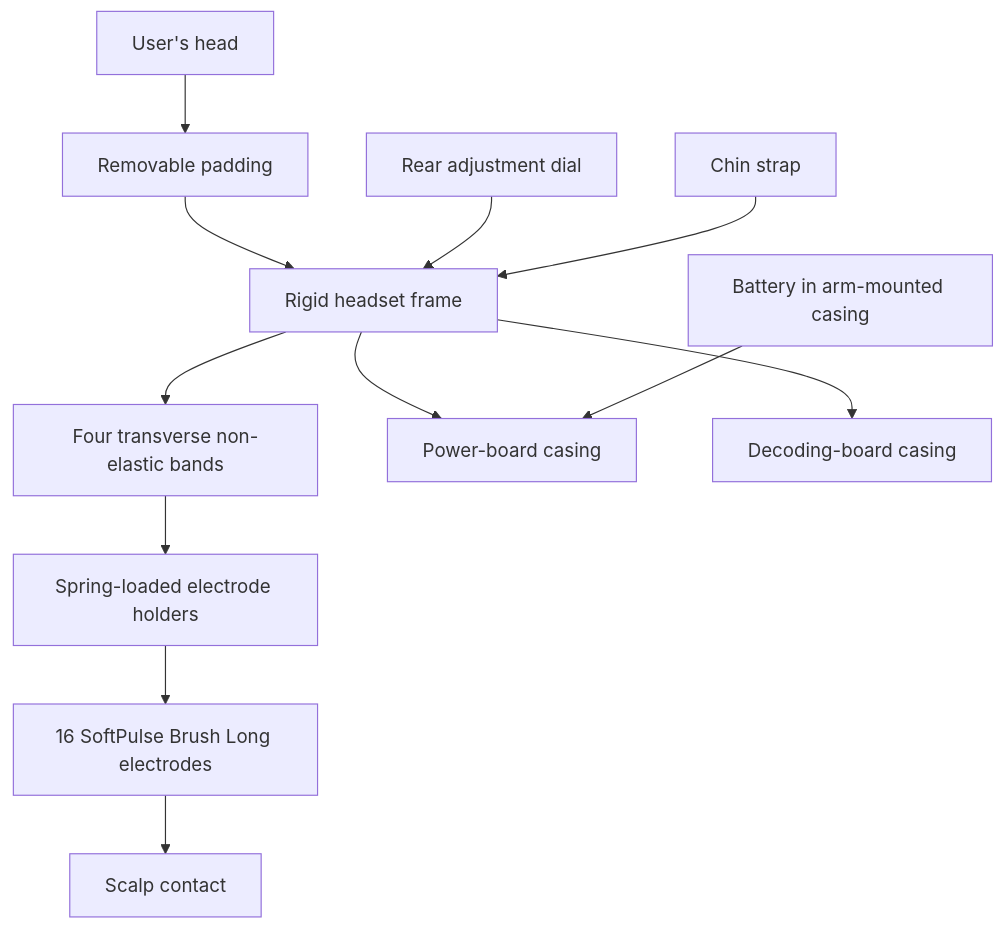
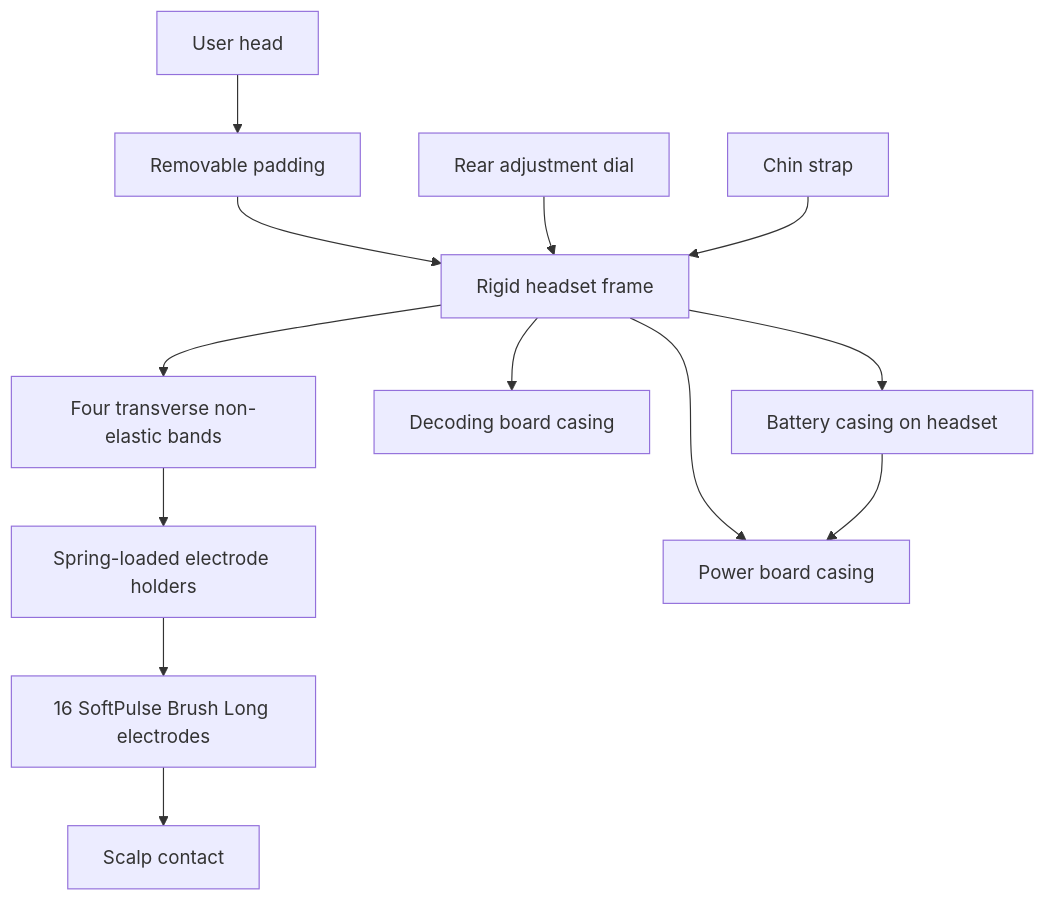
One commit to N-Pulse/EEG-HW-System changed the diagram in docs/DSD-HEADSET.md. Above: the diagram before and after it, drawn with Mermaid. The commit also changed other lines of this file, not shown here.

Commit message:
docs: update battery placement to headset

````diff
--- a/docs/DSD-HEADSET.md
+++ b/docs/DSD-HEADSET.md
@@ -104,14 +105,15 @@
 ```mermaid
 flowchart TD
-    H[User's head] --> P[Removable padding]
-    P --> F[Rigid headset frame]
-    D[Rear adjustment dial] --> F
-    C[Chin strap] --> F
-    F --> B[Four transverse non-elastic bands]
-    B --> EH[Spring-loaded electrode holders]
-    EH --> E[16 SoftPulse Brush Long electrodes]
-    E --> S[Scalp contact]
-    F --> PB[Power-board casing]
-    F --> DB[Decoding-board casing]
-    BA[Battery in arm-mounted casing] --> PB
+    H["User head"] --> P["Removable padding"]
+    P --> F["Rigid headset frame"]
+    D["Rear adjustment dial"] --> F
+    C["Chin strap"] --> F
+    F --> B["Four transverse non-elastic bands"]
+    B --> EH["Spring-loaded electrode holders"]
+    EH --> E["16 SoftPulse Brush Long electrodes"]
+    E --> S["Scalp contact"]
+    F --> PB["Power board casing"]
+    F --> DB["Decoding board casing"]
+    F --> BA["Battery casing on headset"]
+    BA --> PB
 ```
````
